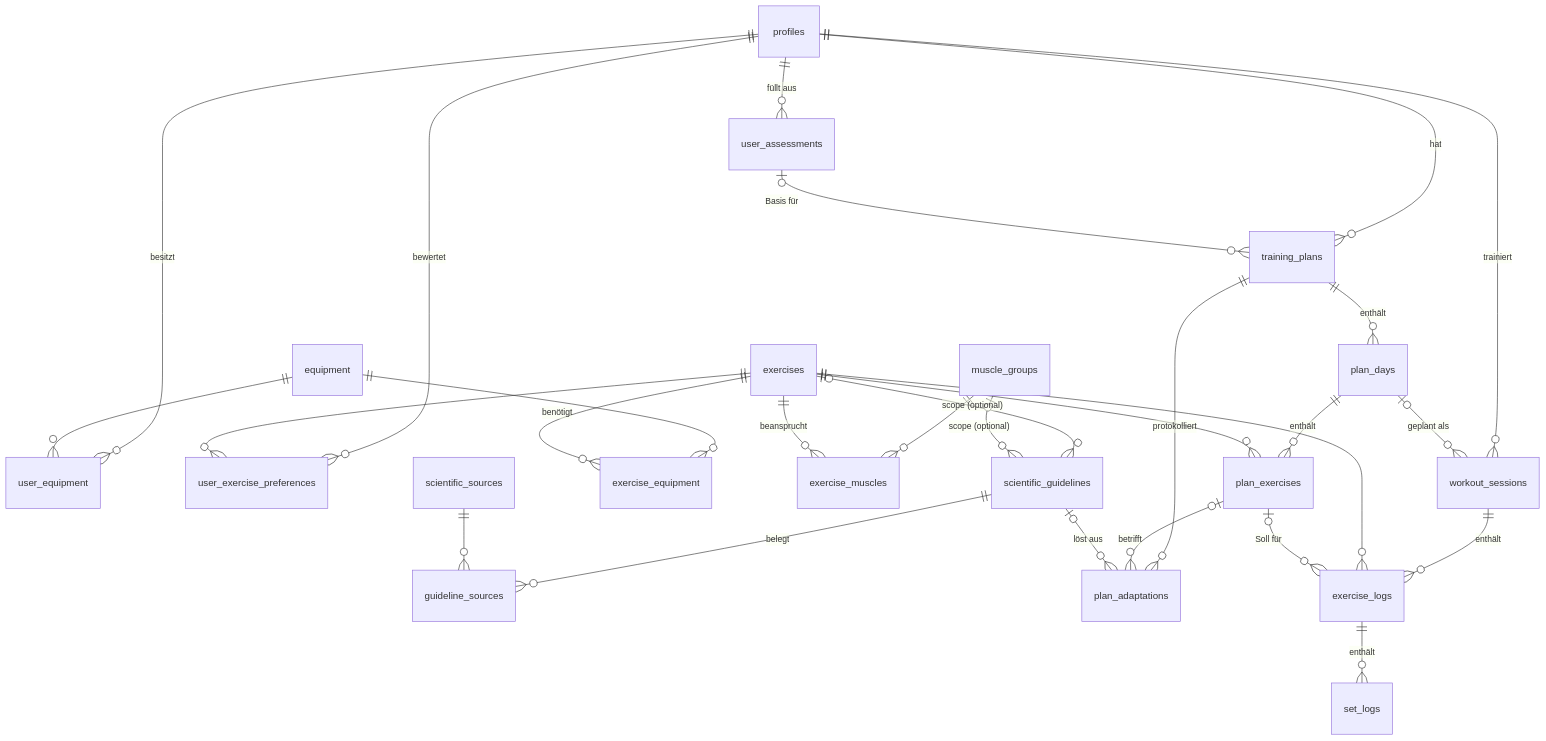
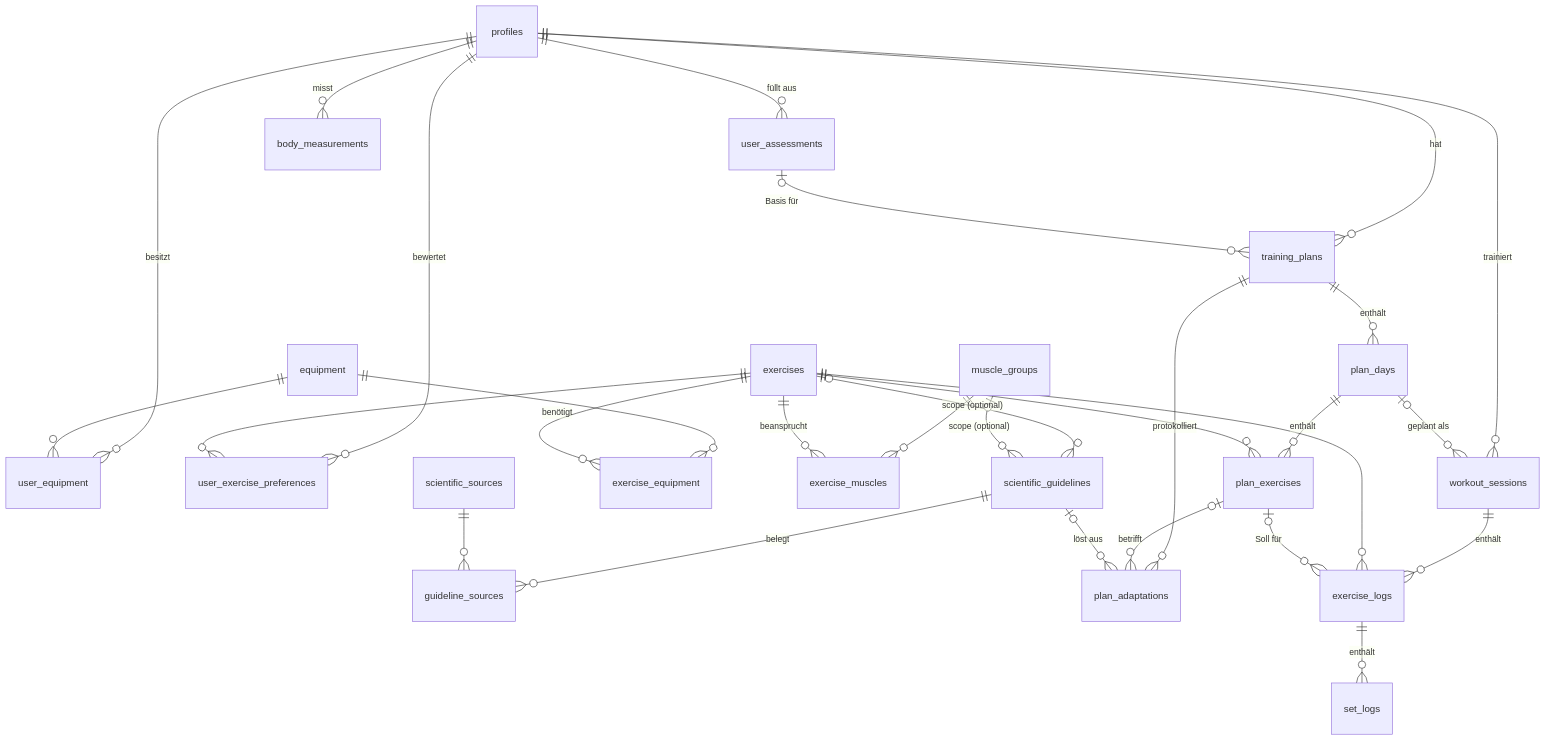
One commit to jjaahja/Gym changed the diagram in docs/01-datenbank-schema.md. Above: the diagram before and after it, drawn with Mermaid. The commit also changed other lines of this file and 2 other files, not shown here.

First line of the commit message:
Focus schema on aesthetics/pump training goal

````diff
--- a/docs/01-datenbank-schema.md
+++ b/docs/01-datenbank-schema.md
@@ -24,34 +54,35 @@
 ```mermaid
 erDiagram
     profiles ||--o{ user_assessments : "füllt aus"
     profiles ||--o{ user_equipment : "besitzt"
     profiles ||--o{ user_exercise_preferences : "bewertet"
+    profiles ||--o{ body_measurements : "misst"
     profiles ||--o{ training_plans : "hat"
     profiles ||--o{ workout_sessions : "trainiert"
 
     equipment ||--o{ user_equipment : ""
     equipment ||--o{ exercise_equipment : ""
     muscle_groups ||--o{ exercise_muscles : ""
     exercises ||--o{ exercise_muscles : "beansprucht"
     exercises ||--o{ exercise_equipment : "benötigt"
     exercises ||--o{ user_exercise_preferences : ""
 
     scientific_guidelines ||--o{ guideline_sources : "belegt"
     scientific_sources ||--o{ guideline_sources : ""
     exercises |o--o{ scientific_guidelines : "scope (optional)"
     muscle_groups |o--o{ scientific_guidelines : "scope (optional)"
 
     user_assessments |o--o{ training_plans : "Basis für"
     training_plans ||--o{ plan_days : "enthält"
     plan_days ||--o{ plan_exercises : "enthält"
     exercises ||--o{ plan_exercises : ""
     training_plans ||--o{ plan_adaptations : "protokolliert"
     plan_exercises |o--o{ plan_adaptations : "betrifft"
     scientific_guidelines |o--o{ plan_adaptations : "löst aus"
 
     plan_days |o--o{ workout_sessions : "geplant als"
     workout_sessions ||--o{ exercise_logs : "enthält"
     exercises ||--o{ exercise_logs : ""
     plan_exercises |o--o{ exercise_logs : "Soll für"
     exercise_logs ||--o{ set_logs : "enthält"
 ```
````
